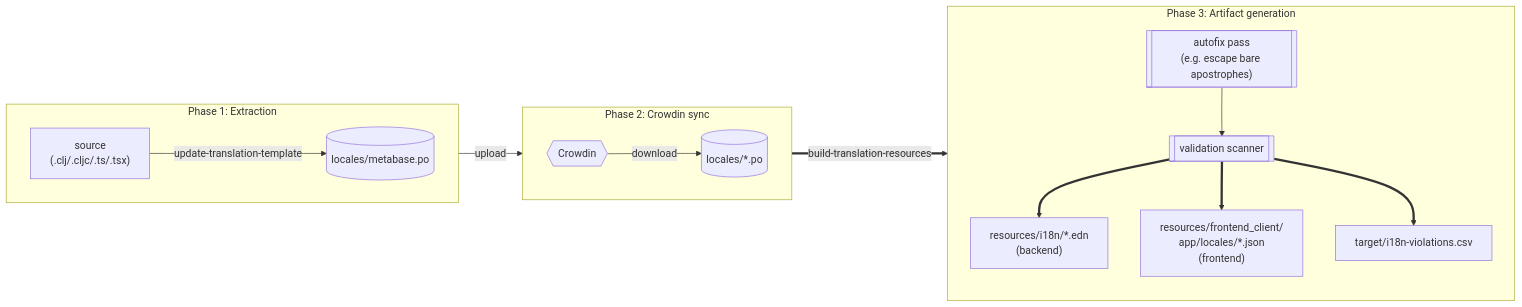
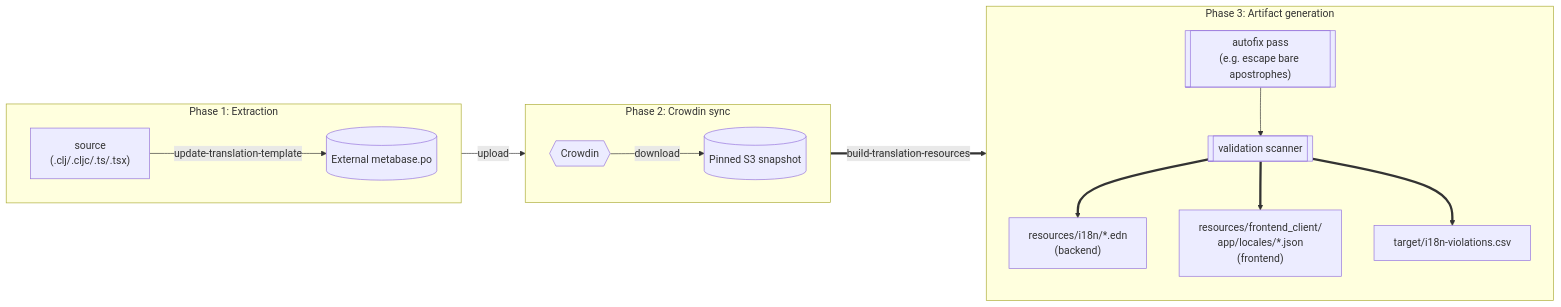
Before and after one commit to metabase/metabase: the diagram in bin/i18n/README.md, drawn with Mermaid. The commit also changed other lines of this file and 22 other files, not shown here.

````diff
--- a/bin/i18n/README.md
+++ b/bin/i18n/README.md
@@ -18,32 +63,32 @@
 ```mermaid
 flowchart LR
     subgraph Extract ["Phase 1: Extraction"]
         direction LR
         Source["source<br/>(.clj/.cljc/.ts/.tsx)"]
-        Pot[(locales/metabase.po)]
+        Pot[(External metabase.po)]
         Source -->|update-translation-template| Pot
     end
 
     subgraph Sync ["Phase 2: Crowdin sync"]
         direction LR
         Crowdin{{Crowdin}}
-        LocalePo[(locales/*.po)]
+        LocalePo[(Pinned S3 snapshot)]
         Crowdin -->|download| LocalePo
     end
 
     subgraph Build ["Phase 3: Artifact generation"]
         direction TB
         Autofix[["autofix pass<br/>(e.g. escape bare apostrophes)"]]
         Scanner[["validation scanner"]]
         Edn["resources/i18n/*.edn<br/>(backend)"]
         Json["resources/frontend_client/<br/>app/locales/*.json<br/>(frontend)"]
         Csv["target/i18n-violations.csv"]
         Autofix --> Scanner
         Scanner ==> Edn
         Scanner ==> Json
         Scanner ==> Csv
     end
 
     Pot -->|upload| Crowdin
     LocalePo ==>|build-translation-resources| Autofix
 ```
````
